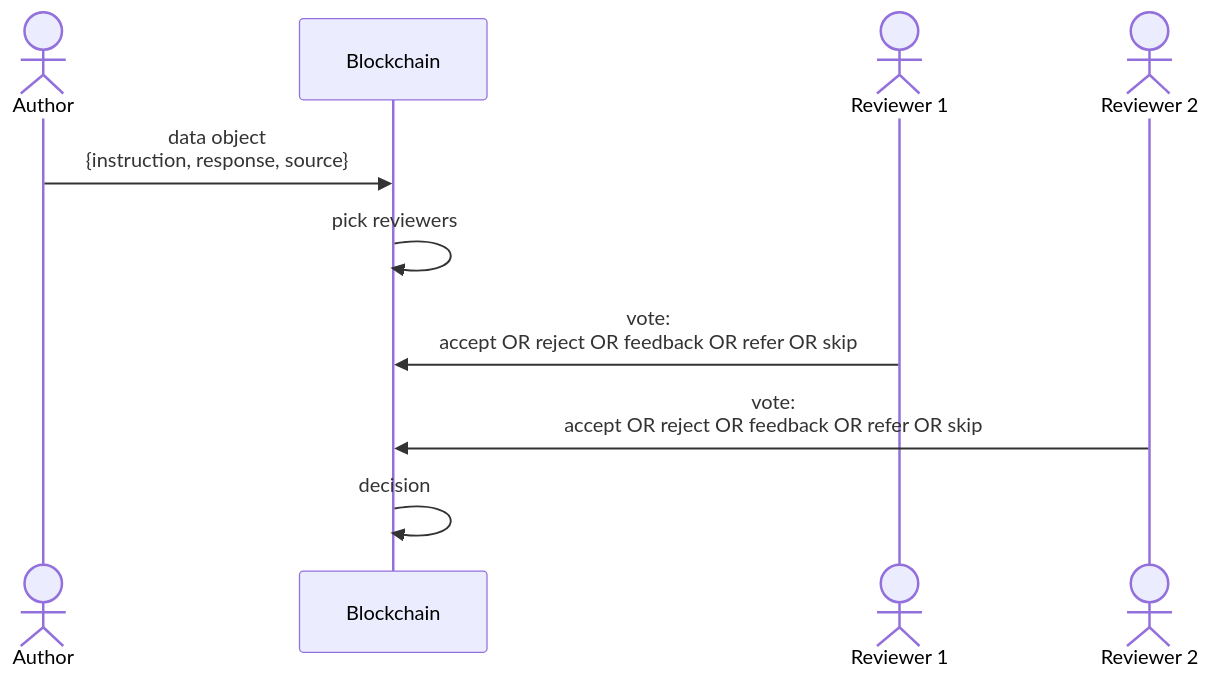
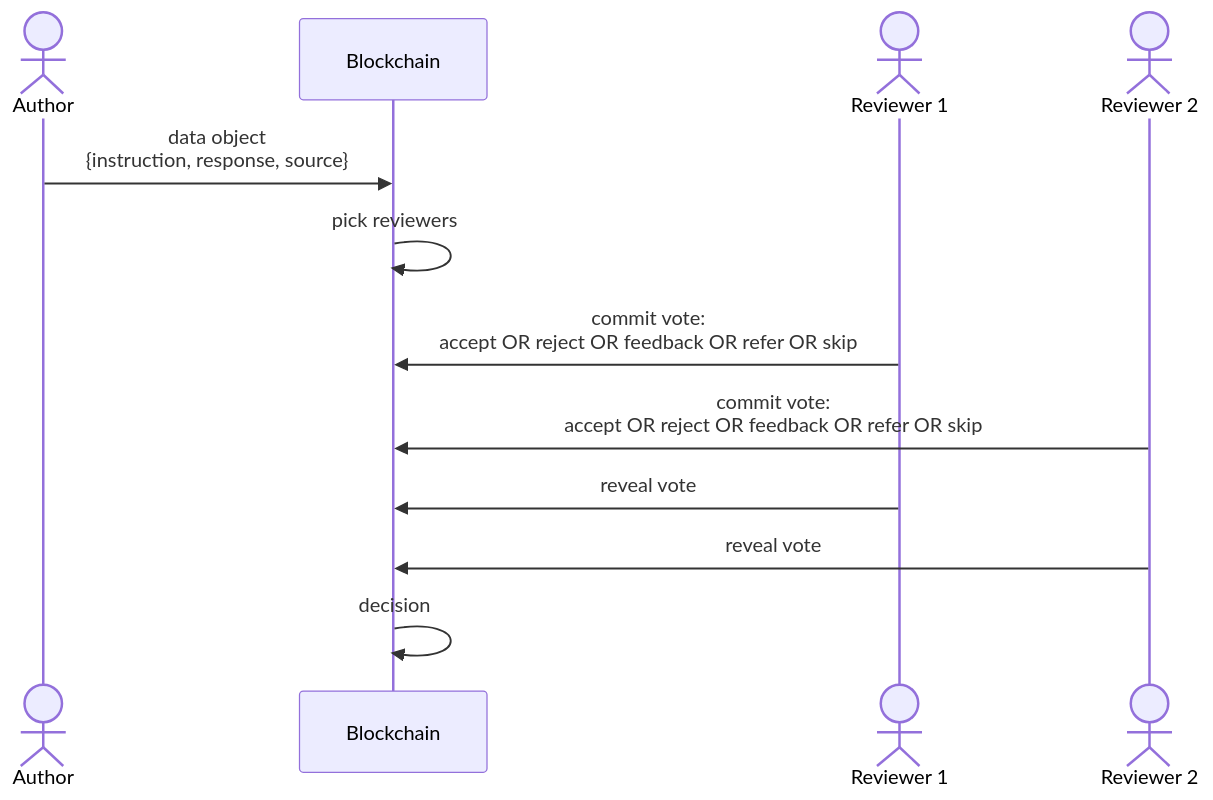
One commit to kirilligum/ethonline2023-goodprompt changed the diagram in visuals/ux.mmd. Above: the diagram before and after it, drawn with Mermaid. The commit also changed 1 other file, not shown here.

```diff
--- a/visuals/ux.mmd
+++ b/visuals/ux.mmd
@@ -1,10 +1,12 @@
 sequenceDiagram
   actor a as Author
   participant b as Blockchain
   actor r1 as Reviewer 1
   actor r2 as Reviewer 2
   a ->> b: data object<br/>{instruction, response, source}
   b ->> b: pick reviewers
-  r1 ->> b: vote:<br/>accept OR reject OR feedback OR refer OR skip
-  r2 ->> b: vote:<br/>accept OR reject OR feedback OR refer OR skip
+  r1 ->> b: commit vote:<br/>accept OR reject OR feedback OR refer OR skip
+  r2 ->> b: commit vote:<br/>accept OR reject OR feedback OR refer OR skip
+  r1 ->> b: reveal vote
+  r2 ->> b: reveal vote
   b ->> b: decision
```
